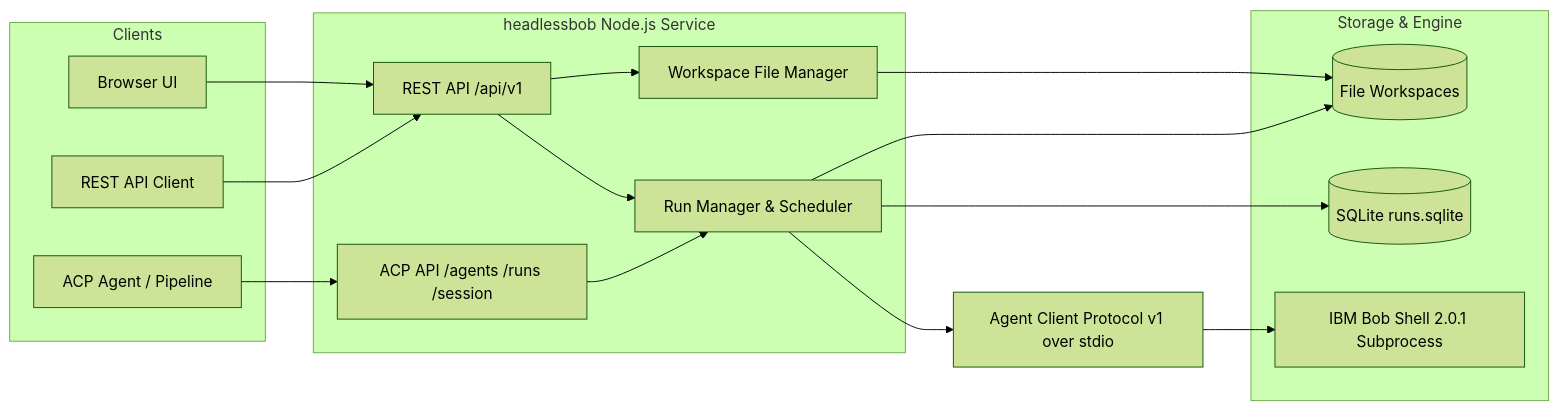
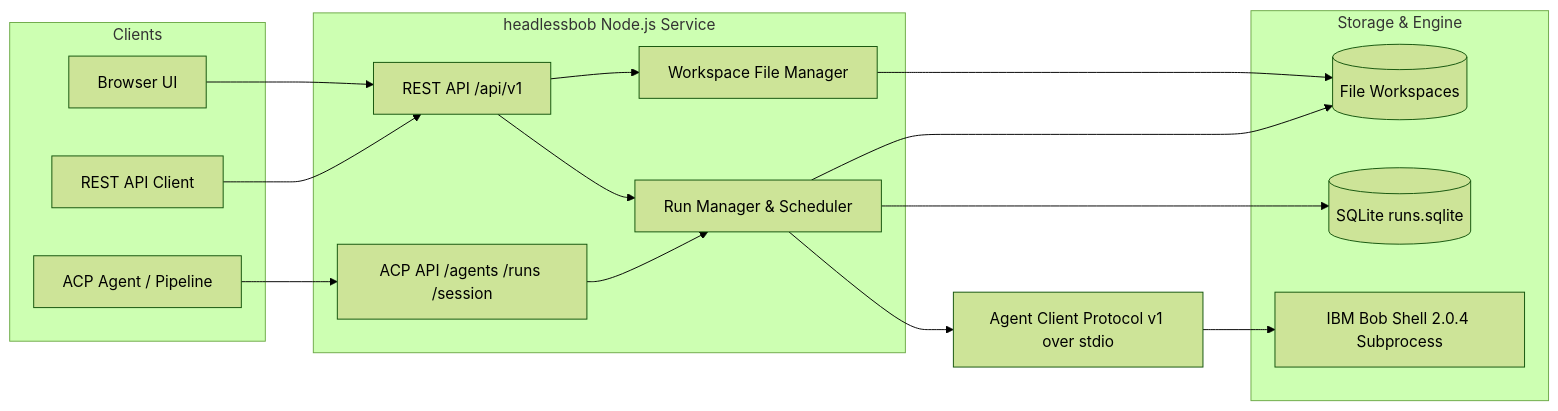
One commit to ibm-self-serve-assets/building-blocks changed the diagram in ai/ai-engineering/headless-bob/assets/headlessbob/README.md. Above: the diagram before and after it, drawn with Mermaid (forest theme). The commit also changed other lines of this file and 9 other files, not shown here.

Commit message:
feat(headless-bob): upgrade container to Bob Shell 2.0.4 and Node 24

````diff
--- a/ai/ai-engineering/headless-bob/assets/headlessbob/README.md
+++ b/ai/ai-engineering/headless-bob/assets/headlessbob/README.md
@@ -15,33 +15,33 @@
 ```mermaid
 flowchart LR
     subgraph Clients
         UI[Browser UI]
         RESTClient[REST API Client]
         ACPClient[ACP Agent / Pipeline]
     end
 
     subgraph Service[headlessbob Node.js Service]
         REST[REST API /api/v1]
         ACP[ACP API /agents /runs /session]
         Manager[Run Manager & Scheduler]
         Files[Workspace File Manager]
     end
 
     subgraph Storage & Engine
         Store[(SQLite runs.sqlite)]
         Workspaces[(File Workspaces)]
-        Bob[IBM Bob Shell 2.0.1 Subprocess]
+        Bob[IBM Bob Shell 2.0.4 Subprocess]
     end
 
     UI --> REST
     RESTClient --> REST
     ACPClient --> ACP
     REST --> Manager
     ACP --> Manager
     REST --> Files
     Manager --> ClientProtocol[Agent Client Protocol v1 over stdio]
     ClientProtocol --> Bob
     Manager --> Store
     Manager --> Workspaces
     Files --> Workspaces
 ```
````
